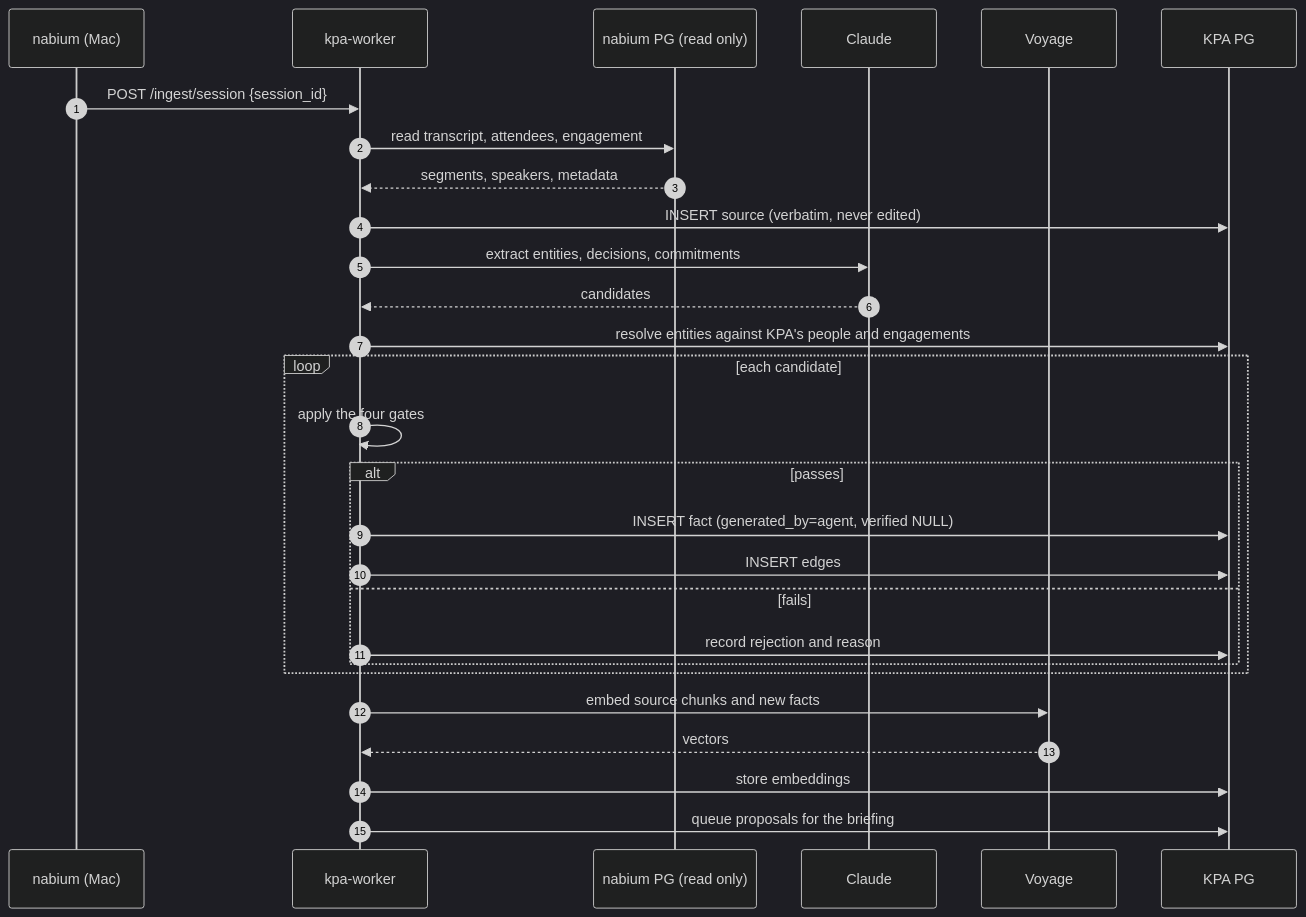
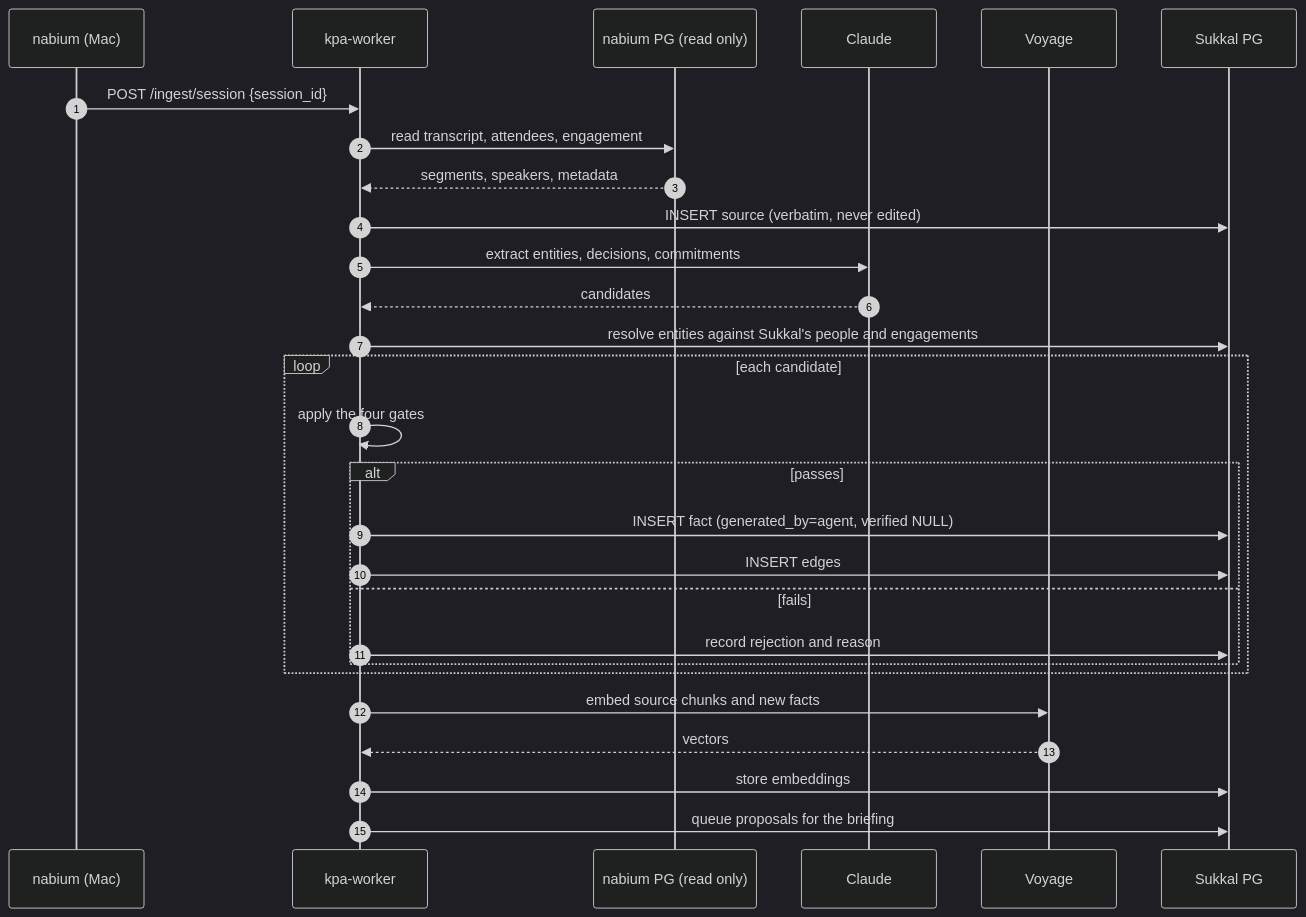
The third of 6 diagrams in docs/project-brief.md (shanedolley/sukkal), drawn with Mermaid (dark theme) before and after one commit. The commit also changed other lines of this file and 64 other files, not shown here.

````diff
--- a/docs/project-brief.md
+++ b/docs/project-brief.md
@@ -677,31 +713,31 @@
 ```mermaid
 sequenceDiagram
   autonumber
   participant N as nabium (Mac)
   participant W as kpa-worker
   participant NP as nabium PG (read only)
   participant L as Claude
   participant V as Voyage
-  participant P as KPA PG
+  participant P as Sukkal PG
 
   N->>W: POST /ingest/session {session_id}
   W->>NP: read transcript, attendees, engagement
   NP-->>W: segments, speakers, metadata
   W->>P: INSERT source (verbatim, never edited)
   W->>L: extract entities, decisions, commitments
   L-->>W: candidates
-  W->>P: resolve entities against KPA's people and engagements
+  W->>P: resolve entities against Sukkal's people and engagements
   loop each candidate
     W->>W: apply the four gates
     alt passes
       W->>P: INSERT fact (generated_by=agent, verified NULL)
       W->>P: INSERT edges
     else fails
       W->>P: record rejection and reason
     end
   end
   W->>V: embed source chunks and new facts
   V-->>W: vectors
   W->>P: store embeddings
   W->>P: queue proposals for the briefing
 ```
````
